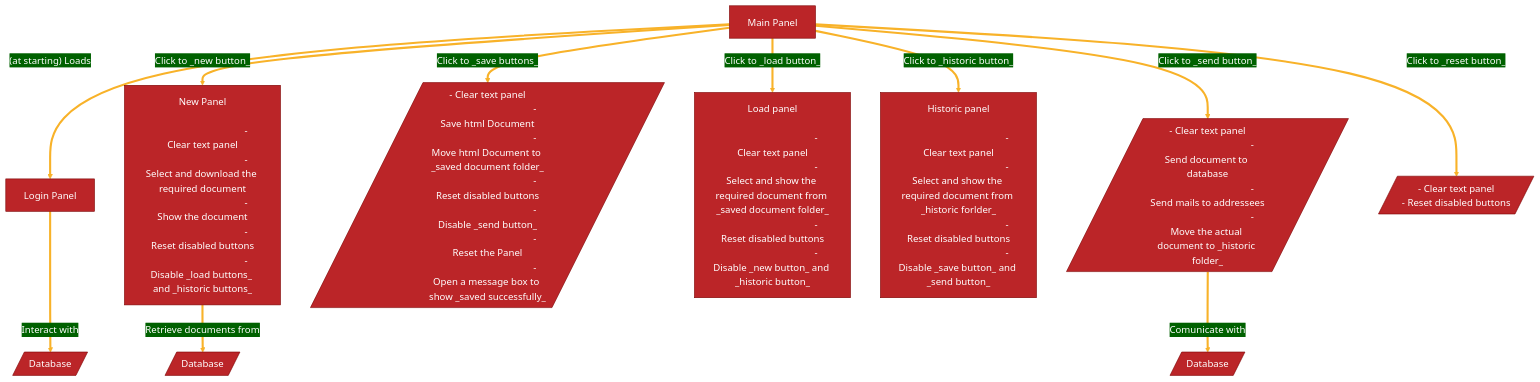
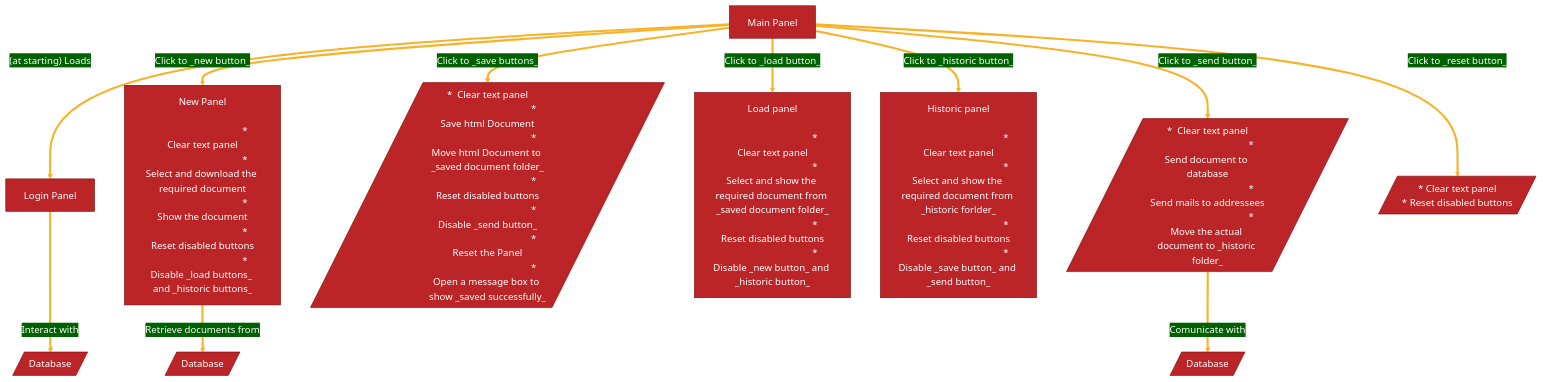
The diagram in Project_Properties/Flow_Chart.md (R0mb0/FPDF), drawn with Mermaid before and after one commit.

Commit message:
Minor fix

````diff
--- a/Project_Properties/Flow_Chart.md
+++ b/Project_Properties/Flow_Chart.md
@@ -3,52 +3,52 @@
 ```mermaid
 %%{
   init: {
     'theme': 'base',
     'themeVariables': {
       'primaryColor': '#BB2528',
       'primaryTextColor': '#fff',
       'primaryBorderColor': '#7C0000',
       'lineColor': '#F8B229',
       'secondaryColor': '#006100',
       'tertiaryColor': '#fff'
     }
   }
 }%%
 graph TD;
   A[Login Panel] == Interact with ==> B[/Database/]
   C[Main Panel] == (at starting) Loads ==> A
   C == Click to _new button_ ==> D[New Panel
 
-                                    - Clear text panel
-                                    - Select and download the required document
-                                    - Show the document
-                                    - Reset disabled buttons
-                                    - Disable _load buttons_ and _historic buttons_]
+                                    *  Clear text panel
+                                    *  Select and download the required document
+                                    *  Show the document
+                                    *  Reset disabled buttons
+                                    *  Disable _load buttons_ and _historic buttons_]
   D == Retrieve documents from ==> E[/Database/]
-  C == Click to _save buttons_ ==> F[/ - Clear text panel
-                                       - Save html Document
-                                       - Move html Document to _saved document folder_
-                                       - Reset disabled buttons
-                                       - Disable _send button_
-                                       - Reset the Panel
-                                       - Open a message box to show _saved successfully_/]
+  C == Click to _save buttons_ ==> F[/ *  Clear text panel
+                                       *  Save html Document
+                                       *  Move html Document to _saved document folder_
+                                       *  Reset disabled buttons
+                                       *  Disable _send button_
+                                       *  Reset the Panel
+                                       *  Open a message box to show _saved successfully_/]
   C == Click to _load button_ ==> G[Load panel
 
-                                    - Clear text panel
-                                    - Select and show the required document from _saved document folder_
-                                    - Reset disabled buttons
-                                    - Disable _new button_ and _historic button_]
+                                    *  Clear text panel
+                                    *  Select and show the required document from _saved document folder_
+                                    *  Reset disabled buttons
+                                    *  Disable _new button_ and _historic button_]
   C == Click to _historic button_ ==> H[Historic panel
 
-                                        - Clear text panel
-                                        - Select and show the required document from _historic forlder_
-                                        - Reset disabled buttons
-                                        - Disable _save button_ and _send button_]
- C == Click to _send button_ ==> I[/ - Clear text panel
-                                     - Send document to database
-                                     - Send mails to addressees
-                                     - Move the actual document to _historic folder_/]
+                                        *  Clear text panel
+                                        *  Select and show the required document from _historic forlder_
+                                        *  Reset disabled buttons
+                                        *  Disable _save button_ and _send button_]
+ C == Click to _send button_ ==> I[/ *  Clear text panel
+                                     *  Send document to database
+                                     *  Send mails to addressees
+                                     *  Move the actual document to _historic folder_/]
  I == Comunicate with ==> J[/Database/]
- C == Click to _reset button_ ==> K[/ - Clear text panel
-                                      - Reset disabled buttons/]
+ C == Click to _reset button_ ==> K[/ *  Clear text panel
+                                      *  Reset disabled buttons/]
 ```
````
